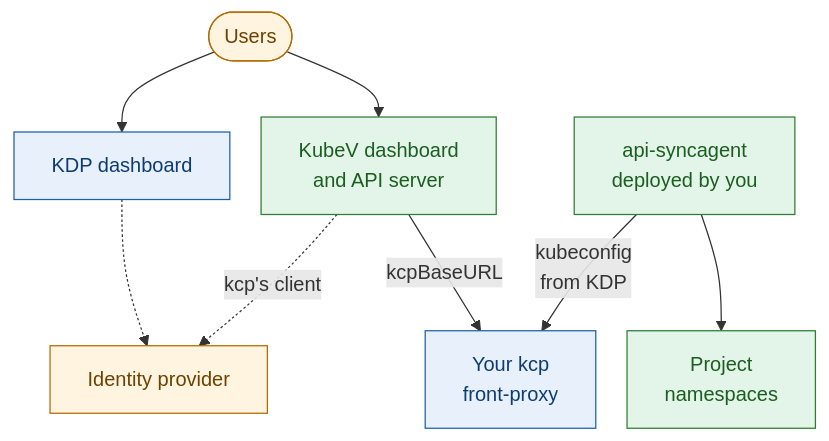
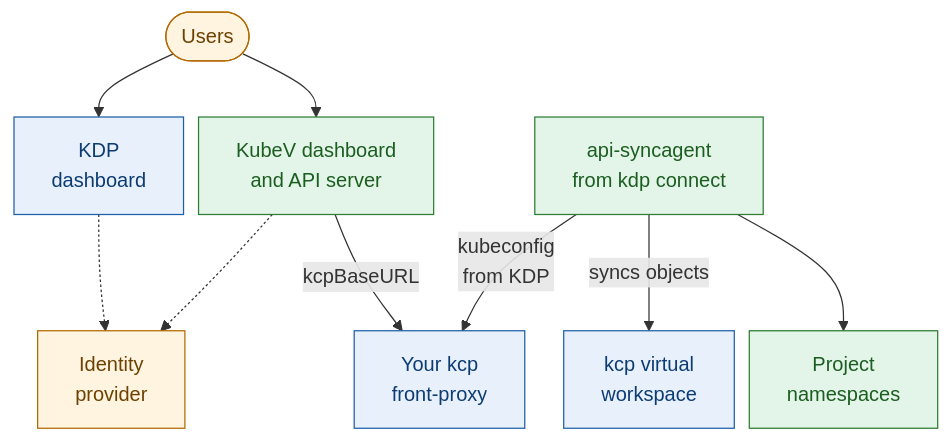
One commit to kubermatic/docs changed the first of 2 diagrams in content/kubermatic-virtualization/main/kdp-integration/installation/external-kdp/_index.en.md. Above: the diagram before and after it, drawn with Mermaid. The commit also changed other lines of this file and 9 other files, not shown here.

First line of the commit message:
Set up bring your own KDP with kdp connect

````diff
--- a/content/kubermatic-virtualization/main/kdp-integration/installation/external-kdp/_index.en.md
+++ b/content/kubermatic-virtualization/main/kdp-integration/installation/external-kdp/_index.en.md
@@ -12,31 +18,33 @@
 ```mermaid
 ---
 config:
   flowchart:
-    nodeSpacing: 25
+    nodeSpacing: 12
     rankSpacing: 45
 ---
 flowchart TB
   users(["Users"])
-  kdpui["KDP dashboard"]
+  kdpui["KDP<br/>dashboard"]
   kubev["KubeV dashboard<br/>and API server"]
-  idp["Identity provider"]
+  idp["Identity<br/>provider"]
   kcp["Your kcp<br/>front-proxy"]
-  agent["api-syncagent<br/>deployed by you"]
+  vw["kcp virtual<br/>workspace"]
+  agent["api-syncagent<br/>from kdp connect"]
   tenants["Project<br/>namespaces"]
 
   users --> kdpui
   users --> kubev
   kdpui -.-> idp
-  kubev -.->|"kcp's client"| idp
+  kubev -.-> idp
   kubev -->|"kcpBaseURL"| kcp
   agent -->|"kubeconfig<br/>from KDP"| kcp
+  agent -->|"syncs objects"| vw
   agent --> tenants
 
   classDef kdp fill:#e8f1fb,stroke:#1f5fa8,color:#0d3c73
   classDef kv fill:#e3f4e8,stroke:#2e7d32,color:#1b5e20
   classDef ext fill:#fff4e0,stroke:#b26a00,color:#6d4100
-  class kdpui,kcp kdp
+  class kdpui,kcp,vw kdp
   class kubev,agent,tenants kv
   class users,idp ext
 ```
````
